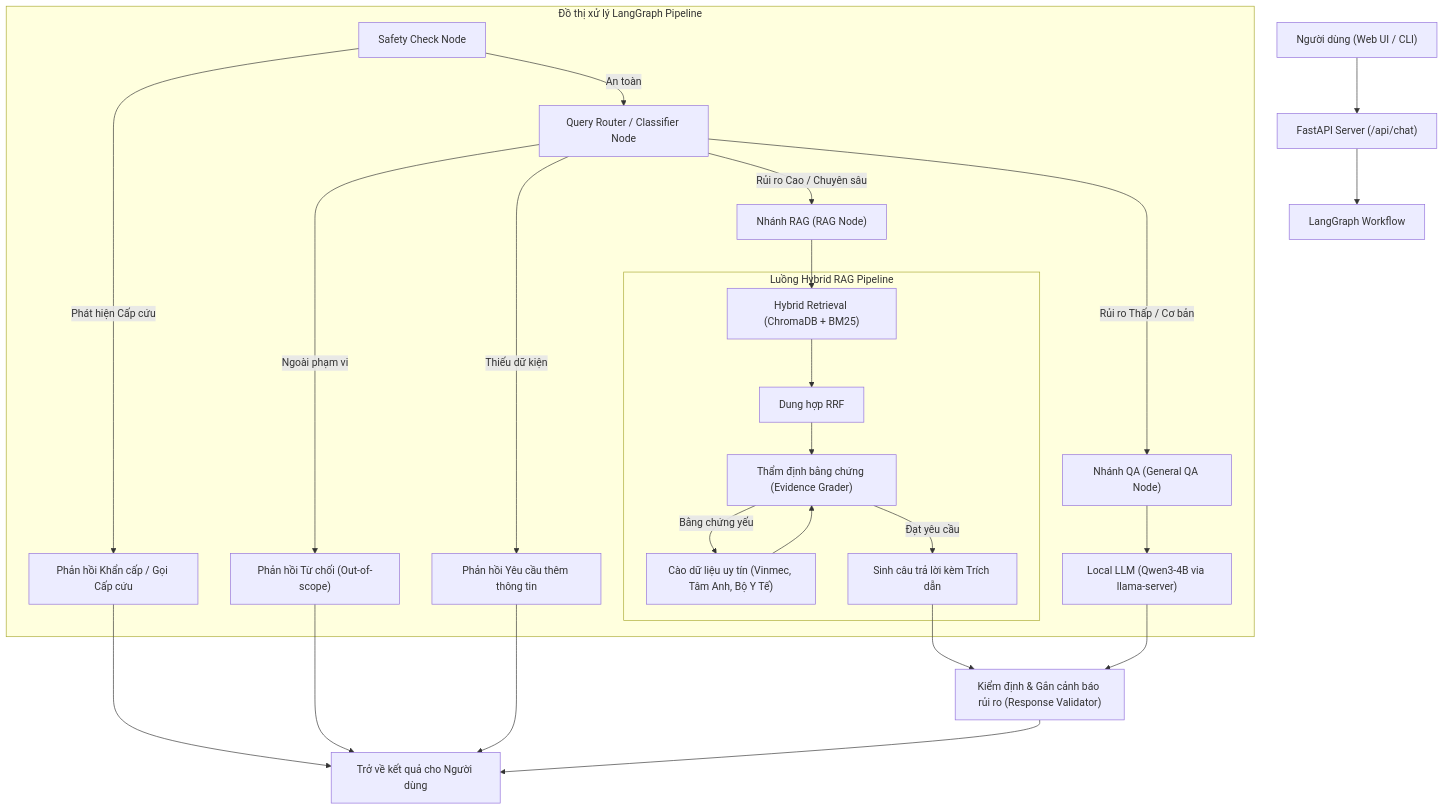
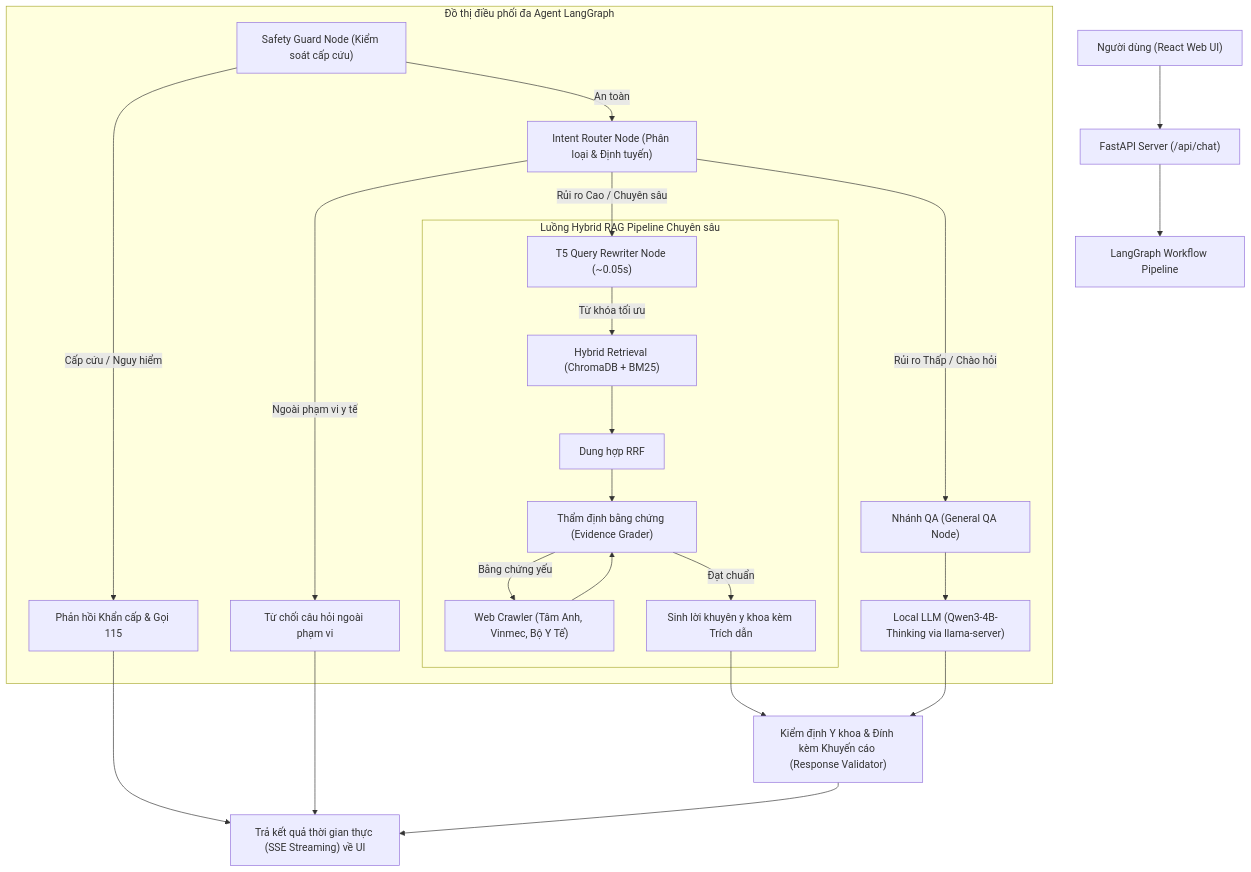
One commit to hohiphop1234/Intelligent-Medical-Assistant-for-Healthcare-Consultation changed the diagram in README.md. Above: the diagram before and after it, drawn with Mermaid. The commit also changed other lines of this file and 2 other files, not shown here.

Commit message:
feat(rag): integrate fine-tuned T5 medical query rewriter and update project documentation

````diff
--- a/README.md
+++ b/README.md
@@ -48,35 +55,32 @@
 ```mermaid
 flowchart TD
-    User["Người dùng (Web UI / CLI)"] --> API["FastAPI Server (/api/chat)"]
-    API --> Graph["LangGraph Workflow"]
+    User["Người dùng (React Web UI)"] --> API["FastAPI Server (/api/chat)"]
+    API --> Graph["LangGraph Workflow Pipeline"]
     
-    subgraph LangGraph ["Đồ thị xử lý LangGraph Pipeline"]
-        Entry["Safety Check Node"]
-        Entry -->|Phát hiện Cấp cứu| Emerg["Phản hồi Khẩn cấp / Gọi Cấp cứu"]
-        Entry -->|An toàn| Router["Query Router / Classifier Node"]
+    subgraph LangGraph ["Đồ thị điều phối đa Agent LangGraph"]
+        Entry["Safety Guard Node (Kiểm soát cấp cứu)"]
+        Entry -->|Cấp cứu / Nguy hiểm| Emerg["Phản hồi Khẩn cấp & Gọi 115"]
+        Entry -->|An toàn| Router["Intent Router Node (Phân loại & Định tuyến)"]
         
-        Router -->|Ngoài phạm vi| OutScope["Phản hồi Từ chối (Out-of-scope)"]
-        Router -->|Thiếu dữ kiện| Insuff["Phản hồi Yêu cầu thêm thông tin"]
+        Router -->|Ngoài phạm vi y tế| OutScope["Từ chối câu hỏi ngoài phạm vi"]
+        Router -->|Rủi ro Thấp / Chào hỏi| LLMNode["Nhánh QA (General QA Node)"]
+        Router -->|Rủi ro Cao / Chuyên sâu| RewriteNode["T5 Query Rewriter Node (~0.05s)"]
         
-        Router -->|Rủi ro Cao / Chuyên sâu| RAGNode["Nhánh RAG (RAG Node)"]
-        Router -->|Rủi ro Thấp / Cơ bản| LLMNode["Nhánh QA (General QA Node)"]
-        
-        subgraph RAG ["Luồng Hybrid RAG Pipeline"]
-            Ret["Hybrid Retrieval (ChromaDB + BM25)"] --> RRF["Dung hợp RRF"]
+        subgraph RAG ["Luồng Hybrid RAG Pipeline Chuyên sâu"]
+            RewriteNode -->|Từ khóa tối ưu| Ret["Hybrid Retrieval (ChromaDB + BM25)"]
+            Ret --> RRF["Dung hợp RRF"]
             RRF --> Grader["Thẩm định bằng chứng (Evidence Grader)"]
-            Grader -->|Bằng chứng yếu| Web["Cào dữ liệu uy tín (Vinmec, Tâm Anh, Bộ Y Tế)"]
+            Grader -->|Bằng chứng yếu| Web["Web Crawler (Tâm Anh, Vinmec, Bộ Y Tế)"]
             Web --> Grader
-            Grader -->|Đạt yêu cầu| Gen["Sinh câu trả lời kèm Trích dẫn"]
+            Grader -->|Đạt chuẩn| Gen["Sinh lời khuyên y khoa kèm Trích dẫn"]
         end
         
-        RAGNode --> Ret
-        LLMNode --> LocalLLM["Local LLM (Qwen3-4B via llama-server)"]
+        LLMNode --> LocalLLM["Local LLM (Qwen3-4B-Thinking via llama-server)"]
     end
     
-    Gen --> Validator["Kiểm định & Gắn cảnh báo rủi ro (Response Validator)"]
+    Gen --> Validator["Kiểm định Y khoa & Đính kèm Khuyến cáo (Response Validator)"]
     LocalLLM --> Validator
-    Emerg --> Output["Trở về kết quả cho Người dùng"]
+    Emerg --> Output["Trả kết quả thời gian thực (SSE Streaming) về UI"]
     OutScope --> Output
-    Insuff --> Output
     Validator --> Output
 ```
````
